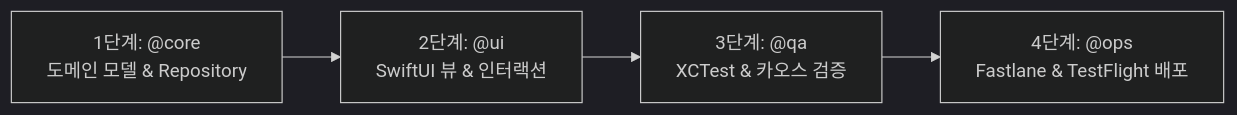
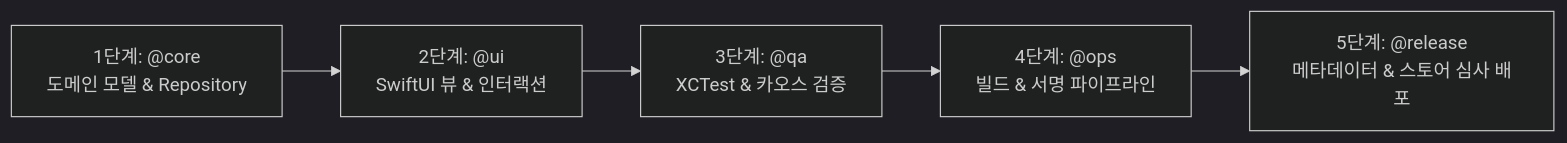
The diagram in .agents/instructions.md (SuHwanYoon/iOS-Ghibli-App), drawn with Mermaid (dark theme) before and after one commit. The commit also changed other lines of this file and 3 other files, not shown here.

````diff
--- a/.agents/instructions.md
+++ b/.agents/instructions.md
@@ -22,6 +23,7 @@
 ```mermaid
 flowchart LR
     A["1단계: @core<br>도메인 모델 & Repository"] --> B["2단계: @ui<br>SwiftUI 뷰 & 인터랙션"]
     B --> C["3단계: @qa<br>XCTest & 카오스 검증"]
-    C --> D["4단계: @ops<br>Fastlane & TestFlight 배포"]
+    C --> D["4단계: @ops<br>빌드 & 서명 파이프라인"]
+    D --> E["5단계: @release<br>메타데이터 & 스토어 심사 배포"]
 ```
````
